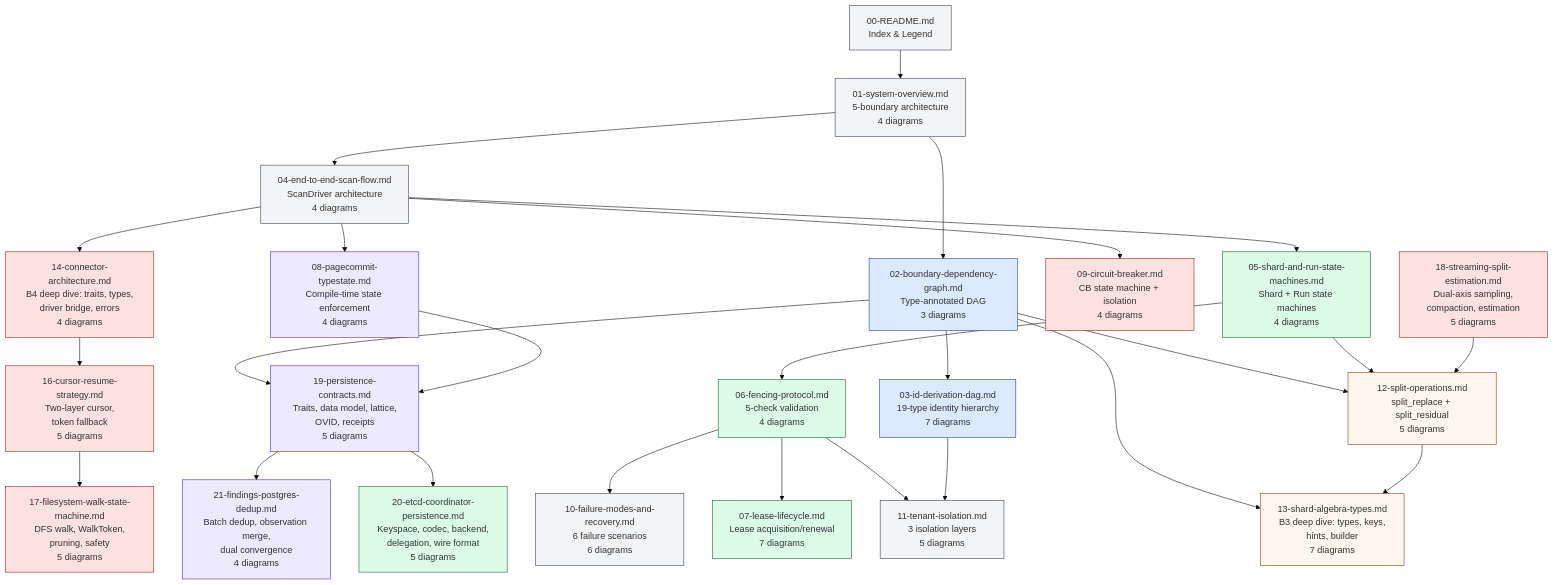
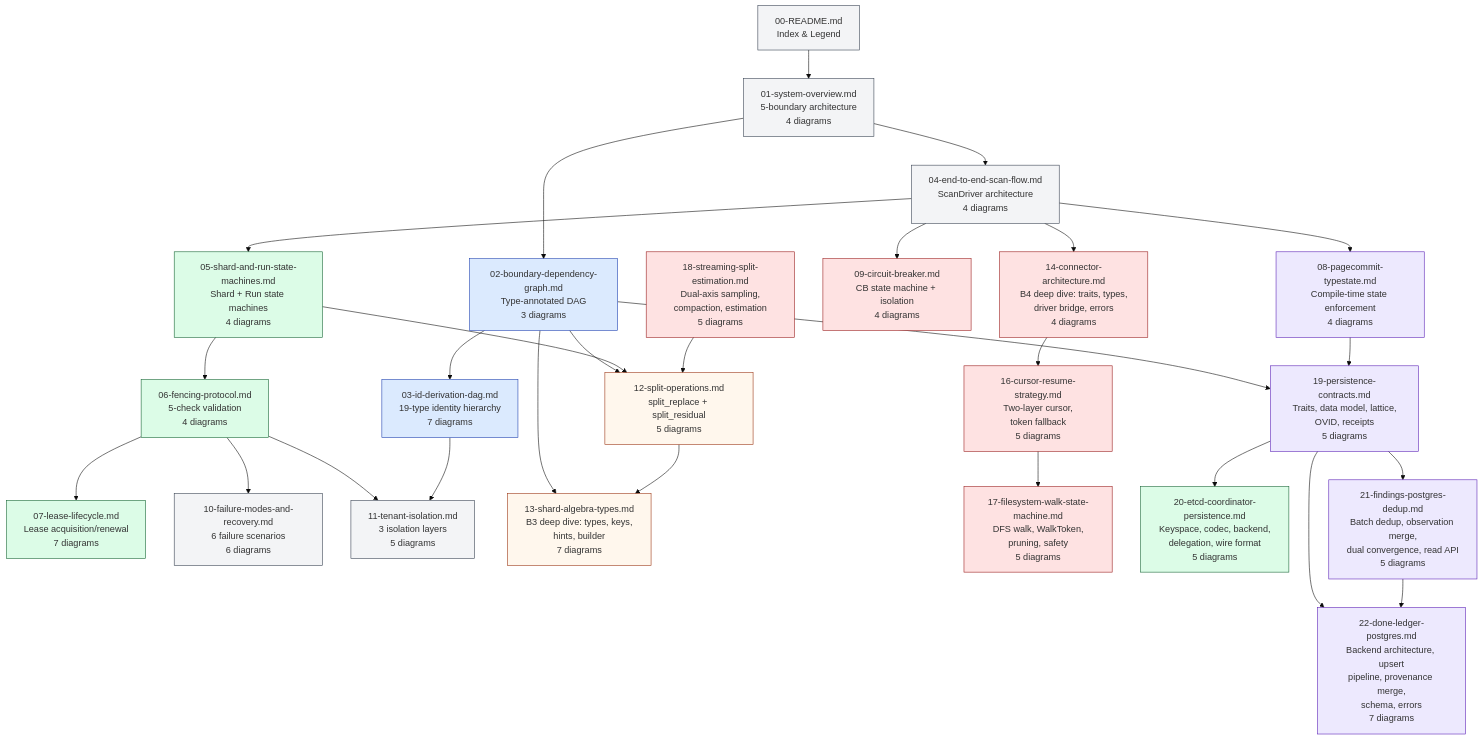
One commit to ahrav/Gossip-rs changed the diagram in diagrams/00-README.md. Above: the diagram before and after it, drawn with Mermaid (base theme). The commit also changed other lines of this file and 3 other files, not shown here.

First line of the commit message:
Add diagrams for PostgreSQL backends

````diff
--- a/diagrams/00-README.md
+++ b/diagrams/00-README.md
@@ -32,75 +32,79 @@
 ```mermaid
 %% Diagram: file-relationship-map
 graph TD
     R[00-README.md<br/>Index & Legend]
 
     SO[01-system-overview.md<br/>5-boundary architecture<br/>4 diagrams]
     BD[02-boundary-dependency-graph.md<br/>Type-annotated DAG<br/>3 diagrams]
     ID[03-id-derivation-dag.md<br/>19-type identity hierarchy<br/>7 diagrams]
     E2E[04-end-to-end-scan-flow.md<br/>ScanDriver architecture<br/>4 diagrams]
 
     SM[05-shard-and-run-state-machines.md<br/>Shard + Run state machines<br/>4 diagrams]
     FP[06-fencing-protocol.md<br/>5-check validation<br/>4 diagrams]
     LL[07-lease-lifecycle.md<br/>Lease acquisition/renewal<br/>7 diagrams]
     PC[08-pagecommit-typestate.md<br/>Compile-time state enforcement<br/>4 diagrams]
     CB[09-circuit-breaker.md<br/>CB state machine + isolation<br/>4 diagrams]
 
     FM[10-failure-modes-and-recovery.md<br/>6 failure scenarios<br/>6 diagrams]
     TI[11-tenant-isolation.md<br/>3 isolation layers<br/>5 diagrams]
     SP[12-split-operations.md<br/>split_replace + split_residual<br/>5 diagrams]
     SA[13-shard-algebra-types.md<br/>B3 deep dive: types, keys,<br/>hints, builder<br/>7 diagrams]
     CA[14-connector-architecture.md<br/>B4 deep dive: traits, types,<br/>driver bridge, errors<br/>4 diagrams]
     CR[16-cursor-resume-strategy.md<br/>Two-layer cursor,<br/>token fallback<br/>5 diagrams]
     FW[17-filesystem-walk-state-machine.md<br/>DFS walk, WalkToken,<br/>pruning, safety<br/>5 diagrams]
     SE[18-streaming-split-estimation.md<br/>Dual-axis sampling,<br/>compaction, estimation<br/>5 diagrams]
     PCC[19-persistence-contracts.md<br/>Traits, data model, lattice,<br/>OVID, receipts<br/>5 diagrams]
     ECP[20-etcd-coordinator-persistence.md<br/>Keyspace, codec, backend,<br/>delegation, wire format<br/>5 diagrams]
-    FPD[21-findings-postgres-dedup.md<br/>Batch dedup, observation merge,<br/>dual convergence<br/>4 diagrams]
+    FPD[21-findings-postgres-dedup.md<br/>Batch dedup, observation merge,<br/>dual convergence, read API<br/>5 diagrams]
+    DLP[22-done-ledger-postgres.md<br/>Backend architecture, upsert<br/>pipeline, provenance merge,<br/>schema, errors<br/>7 diagrams]
 
     R --> SO
     SO --> BD
     SO --> E2E
     BD --> ID
     BD --> SP
     E2E --> SM
     SM --> FP
     FP --> LL
     E2E --> PC
     E2E --> CB
     SM --> SP
     FP --> FM
     FP --> TI
     ID --> TI
     BD --> SA
     SP --> SA
     E2E --> CA
     CA --> CR
     CR --> FW
     SE --> SP
     BD --> PCC
     PCC --> ECP
     PCC --> FPD
+    PCC --> DLP
+    FPD --> DLP
     PC --> PCC
 
     style R fill:#F3F4F6,stroke:#374151
     style SO fill:#F3F4F6,stroke:#374151
     style BD fill:#DBEAFE,stroke:#1E40AF
     style ID fill:#DBEAFE,stroke:#1E40AF
     style E2E fill:#F3F4F6,stroke:#374151
     style SM fill:#DCFCE7,stroke:#166534
     style FP fill:#DCFCE7,stroke:#166534
     style LL fill:#DCFCE7,stroke:#166534
     style PC fill:#EDE9FE,stroke:#5B21B6
     style CB fill:#FEE2E2,stroke:#991B1B
     style FM fill:#F3F4F6,stroke:#374151
     style TI fill:#F3F4F6,stroke:#374151
     style SP fill:#FFF7ED,stroke:#9A3412
     style SA fill:#FFF7ED,stroke:#9A3412
     style CA fill:#FEE2E2,stroke:#991B1B
     style CR fill:#FEE2E2,stroke:#991B1B
     style FW fill:#FEE2E2,stroke:#991B1B
     style SE fill:#FEE2E2,stroke:#991B1B
     style PCC fill:#EDE9FE,stroke:#5B21B6
     style ECP fill:#DCFCE7,stroke:#166534
     style FPD fill:#EDE9FE,stroke:#5B21B6
+    style DLP fill:#EDE9FE,stroke:#5B21B6
 ```
````
